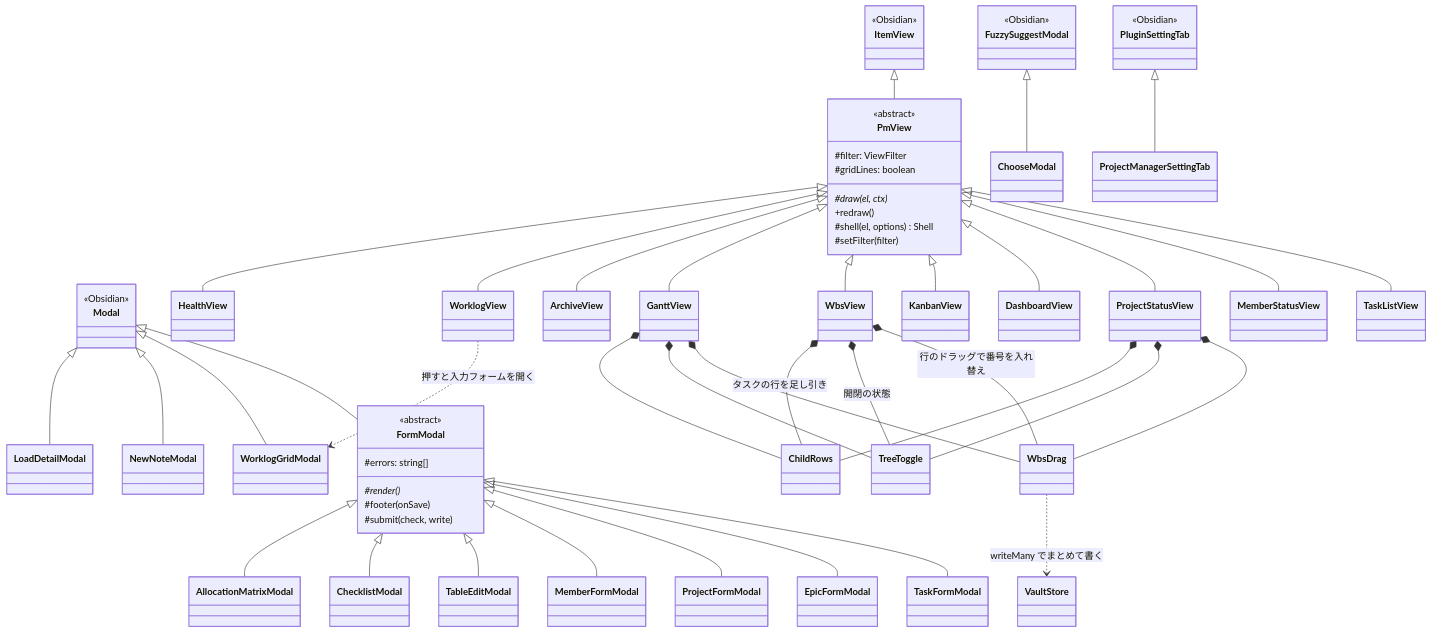
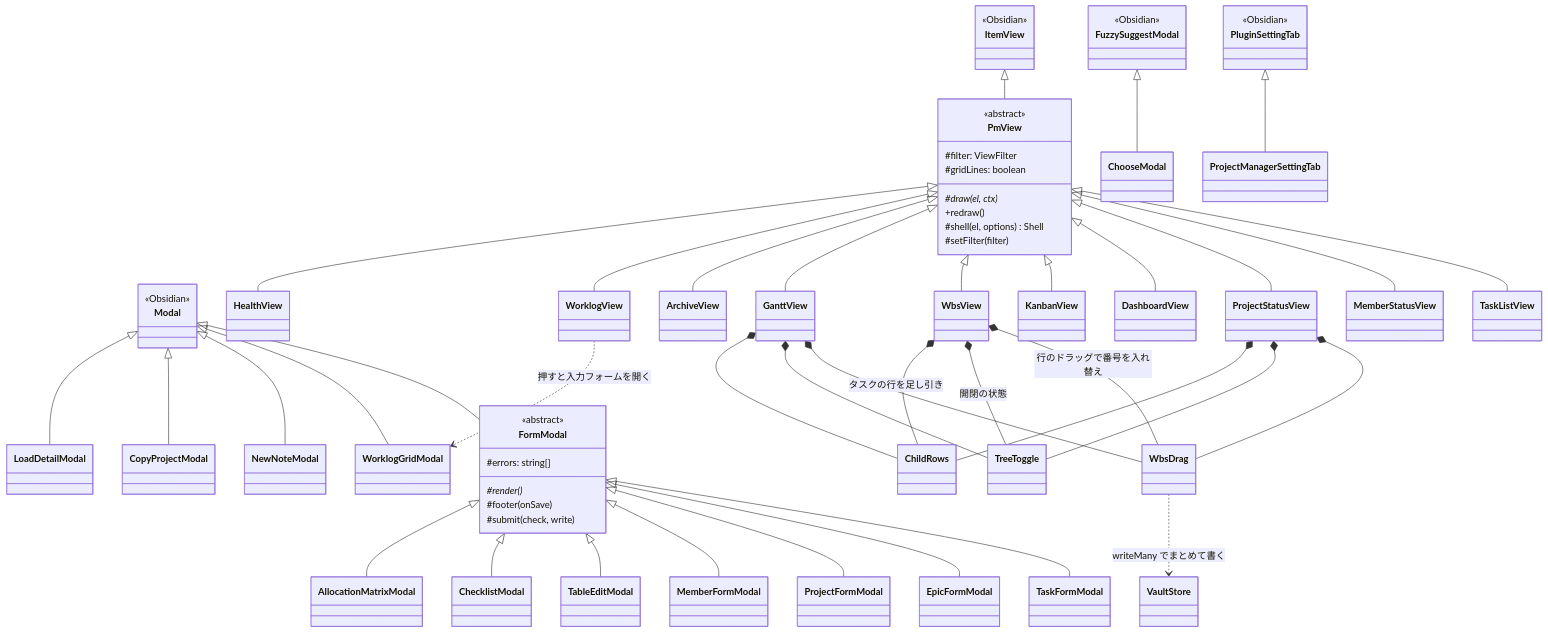
One commit to 2JO-code/2JO-dev-obsidian-pm-plugin changed the fourth of 7 diagrams in docs/DIAGRAMS.md. Above: the diagram before and after it, drawn with Mermaid. The commit also changed other lines of this file and 35 other files, not shown here.

````diff
--- a/docs/DIAGRAMS.md
+++ b/docs/DIAGRAMS.md
@@ -289,68 +287,69 @@
 ```mermaid
 classDiagram
 	class ItemView {
 		<<Obsidian>>
 	}
 	class Modal {
 		<<Obsidian>>
 	}
 	class FuzzySuggestModal {
 		<<Obsidian>>
 	}
 	class PluginSettingTab {
 		<<Obsidian>>
 	}
 	class PmView {
 		<<abstract>>
 		#filter: ViewFilter
 		#gridLines: boolean
 		#draw(el, ctx)*
 		+redraw()
 		#shell(el, options) Shell
 		#setFilter(filter)
 	}
 	class FormModal {
 		<<abstract>>
 		#errors: string[]
 		#render()*
 		#footer(onSave)
 		#submit(check, write)
 	}
 
 	ItemView <|-- PmView
 	PmView <|-- TaskListView
 	PmView <|-- MemberStatusView
 	PmView <|-- ProjectStatusView
 	PmView <|-- DashboardView
 	PmView <|-- KanbanView
 	PmView <|-- WbsView
 	PmView <|-- GanttView
 	PmView <|-- ArchiveView
 	PmView <|-- WorklogView
 	WorklogView ..> WorklogGridModal : 押すと入力フォームを開く
 	PmView <|-- HealthView
 	WbsView *-- WbsDrag : 行のドラッグで番号を入れ替え
 	GanttView *-- WbsDrag
 	ProjectStatusView *-- WbsDrag
 	WbsDrag ..> VaultStore : writeMany でまとめて書く
 	WbsView *-- TreeToggle : 開閉の状態
 	GanttView *-- TreeToggle
 	ProjectStatusView *-- TreeToggle
 	WbsView *-- ChildRows : タスクの行を足し引き
 	GanttView *-- ChildRows
 	ProjectStatusView *-- ChildRows
 
 	Modal <|-- FormModal
 	FormModal <|-- TaskFormModal
 	FormModal <|-- EpicFormModal
 	FormModal <|-- ProjectFormModal
 	FormModal <|-- MemberFormModal
 	FormModal <|-- TableEditModal
 	FormModal <|-- ChecklistModal
 	FormModal <|-- AllocationMatrixModal
 	Modal <|-- WorklogGridModal
 	Modal <|-- NewNoteModal
+	Modal <|-- CopyProjectModal
 	Modal <|-- LoadDetailModal
 	FuzzySuggestModal <|-- ChooseModal
 	PluginSettingTab <|-- ProjectManagerSettingTab
 ```
````
